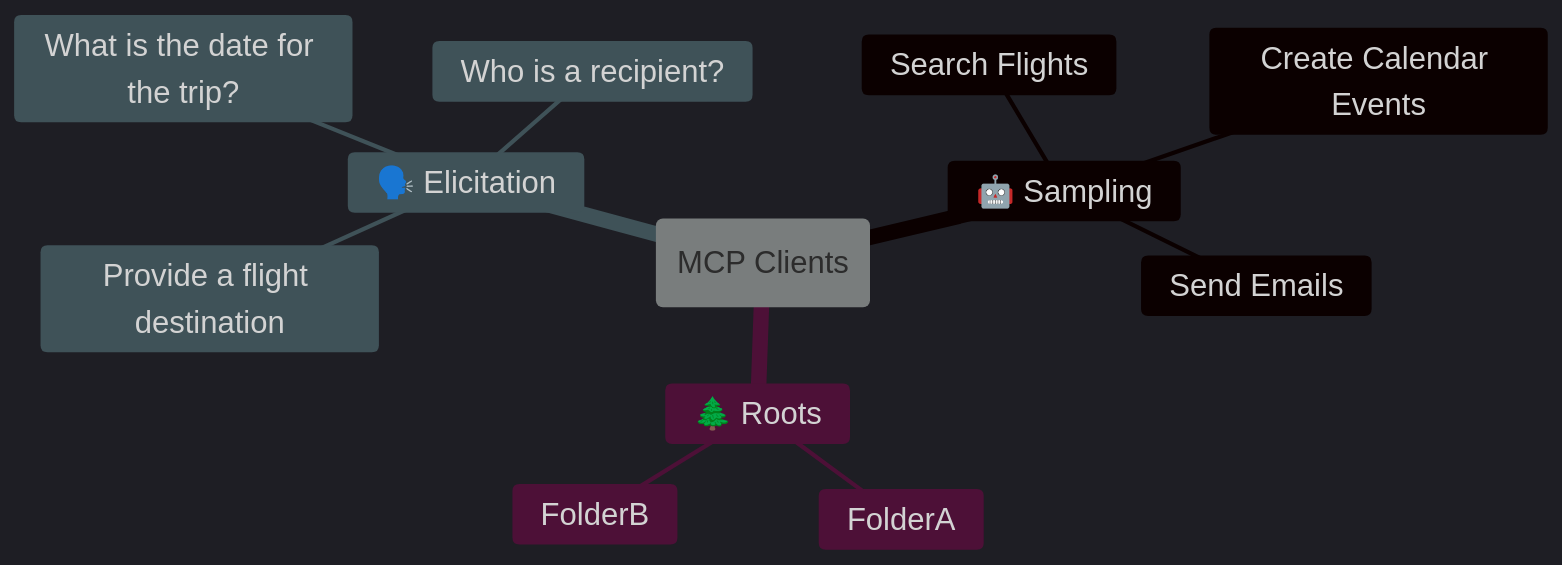
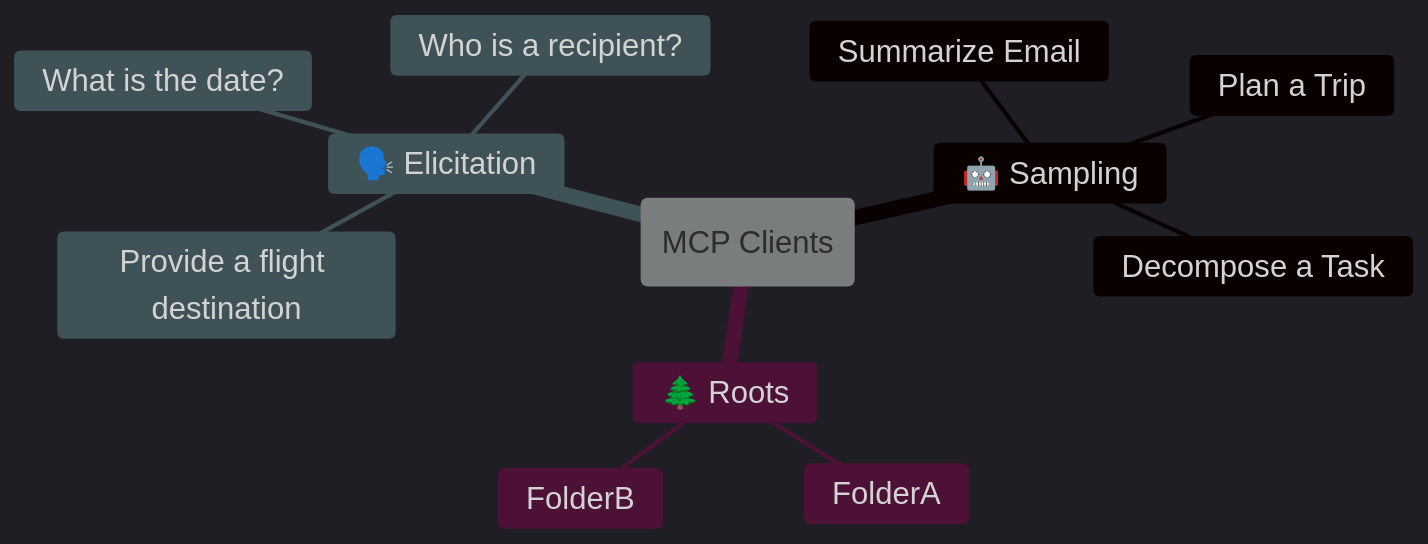
The second of 4 diagrams in slides/presentation.md (NikiforovAll/mcp-landscape), drawn with Mermaid before and after one commit. The commit also changed other lines of this file and 3 other files, not shown here.

```diff
--- a/slides/presentation.md
+++ b/slides/presentation.md
@@ -133,25 +134,25 @@
 <div class="mermaid">
     %%{init: {
         'theme': 'dark',
         'themeVariables': {
             'fontSize': '22px'
         },
         'flowchart': {
             'nodeSpacing': 500,
             'rankSpacing': 0
         }
     }}%%
     mindmap
         root(MCP Clients)
             🤖 Sampling
-                Search Flights
-                Create Calendar Events
-                Send Emails
+                Summarize Email
+                Plan a Trip
+                Decompose a Task
             🌲 Roots
                 FolderA
                 FolderB
             🗣️ Elicitation
                 Provide a flight destination
-                What is the date for the trip?
+                What is the date?
                 Who is a recipient?
 </div>
```
